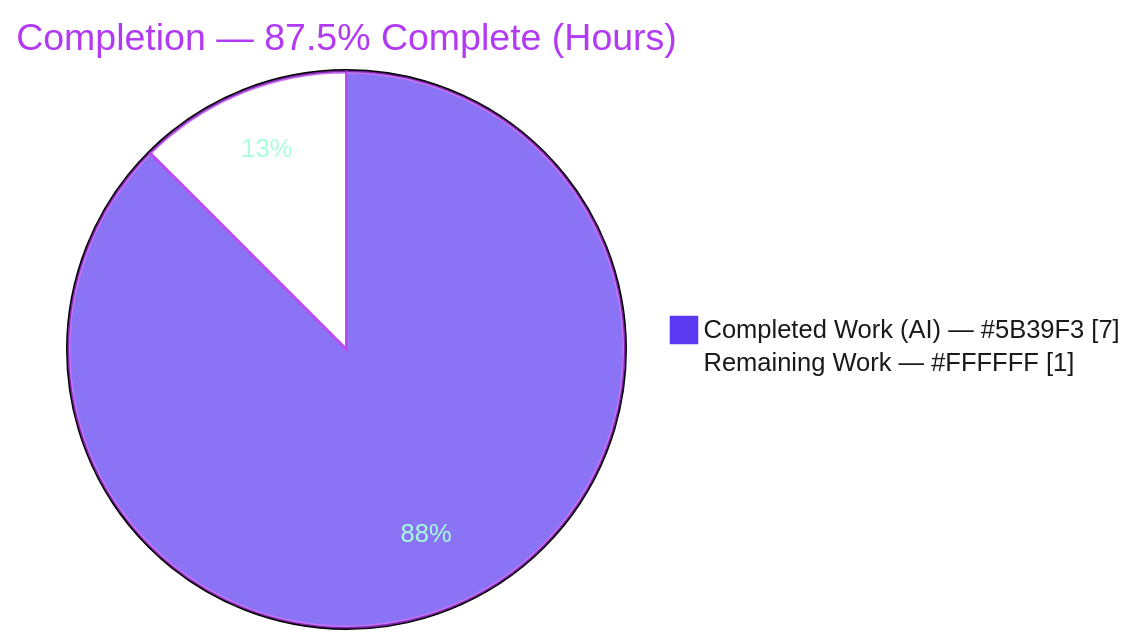
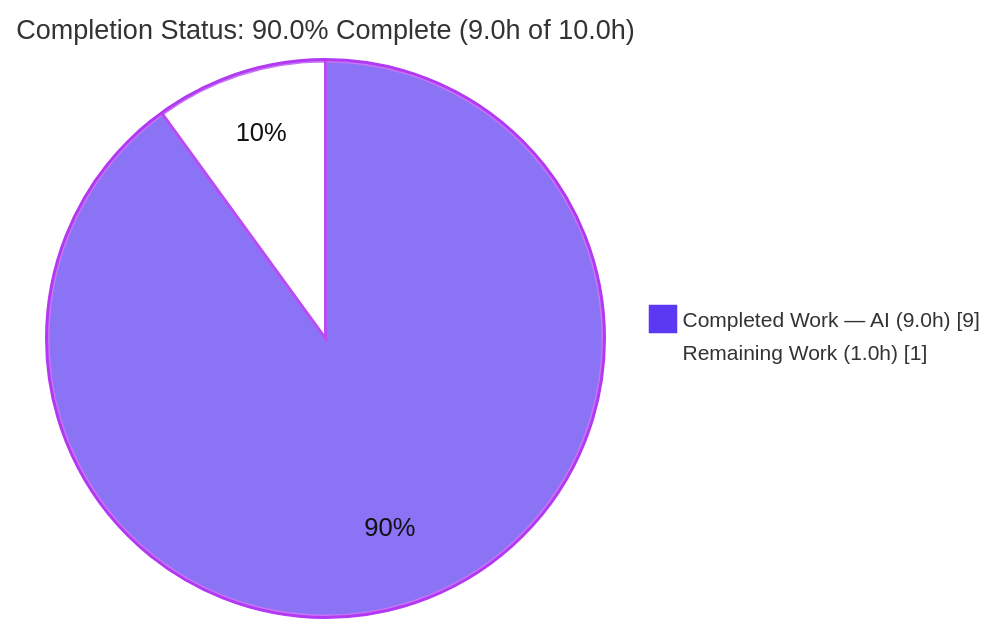
One commit to shaliniblitzy/13_feb_2_3 changed the first of 3 diagrams in blitzy/documentation/Project Guide.md. Above: the diagram before and after it, drawn with Mermaid. The commit also changed other lines of this file, not shown here.

Commit message:
Adding Blitzy Project Guide: Project Status and Human Tasks Remaining

````diff
--- a/blitzy/documentation/Project Guide.md
+++ b/blitzy/documentation/Project Guide.md
@@ -17,6 +15,6 @@
 ```mermaid
-%%{init: {"theme":"base","themeVariables":{"pie1":"#5B39F3","pie2":"#FFFFFF","pieStrokeColor":"#B23AF2","pieStrokeWidth":"2px","pieOuterStrokeWidth":"2px","pieSectionTextColor":"#A8FDD9","pieLegendTextColor":"#1A1A1A","pieTitleTextColor":"#B23AF2"}}}%%
-pie showData title Completion — 87.5% Complete (Hours)
-    "Completed Work (AI) — #5B39F3" : 7
-    "Remaining Work — #FFFFFF" : 1
+%%{init: {'theme':'base', 'themeVariables': {'pie1':'#5B39F3','pie2':'#FFFFFF','pieStrokeColor':'#B23AF2','pieStrokeWidth':'2px','pieOuterStrokeWidth':'2px','pieOuterStrokeColor':'#B23AF2','pieSectionTextColor':'#111111','pieTitleTextSize':'18px','pieLegendTextSize':'14px'}}}%%
+pie showData title Completion Status: 90.0% Complete (9.0h of 10.0h)
+    "Completed Work — AI (9.0h)" : 9
+    "Remaining Work (1.0h)" : 1
 ```
````
